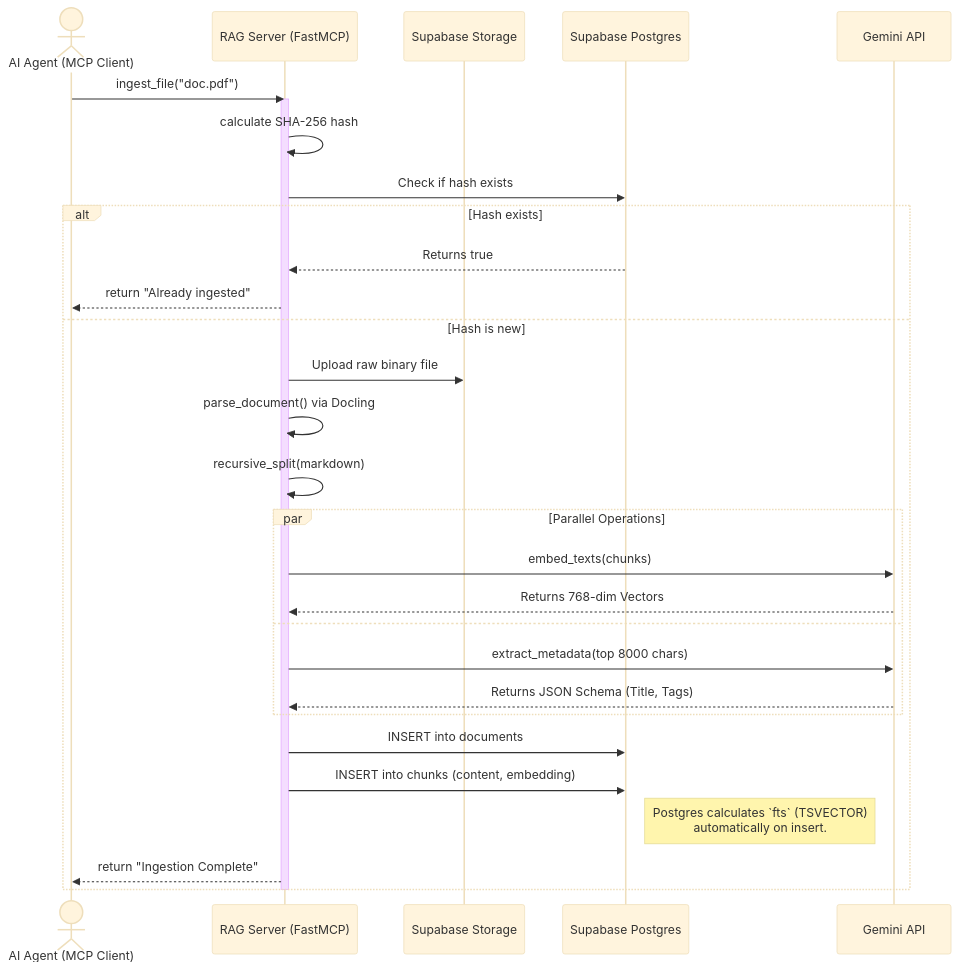
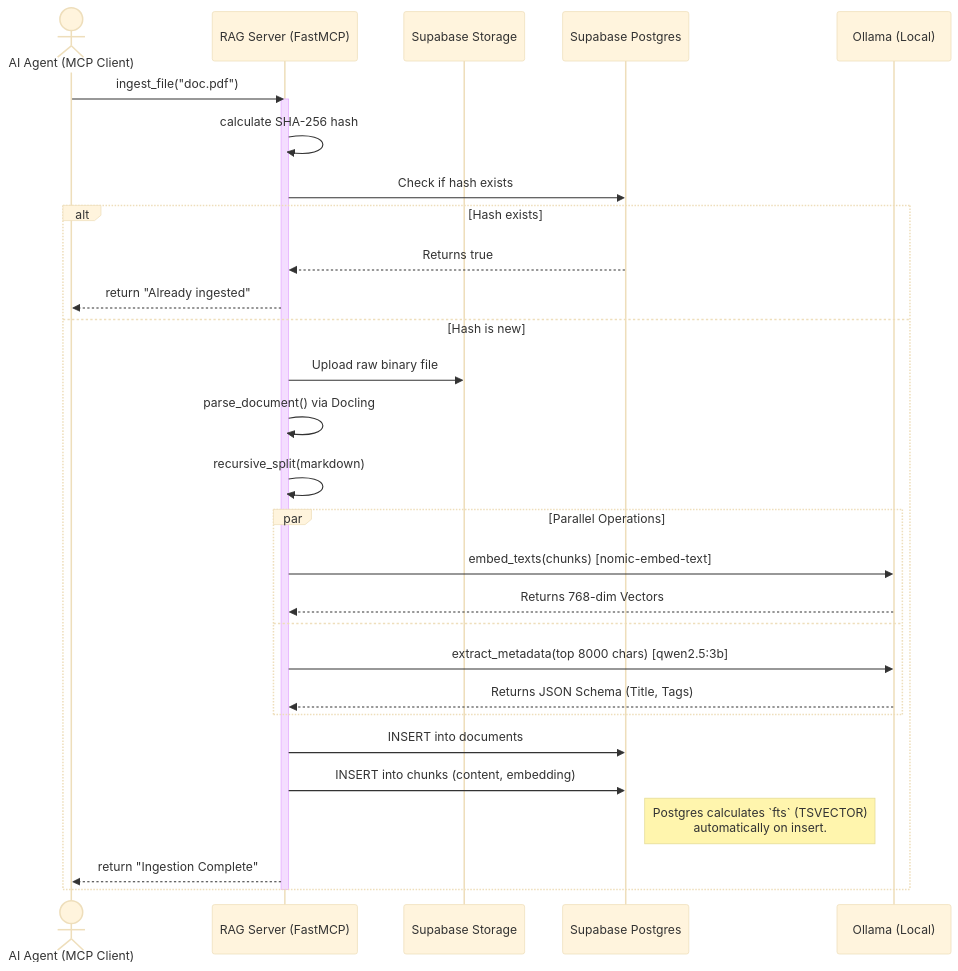
The first of 2 diagrams in docs/sequence_diagrams.md (salehloke/claude-code-agentic-rag-masterclass), drawn with Mermaid (base theme) before and after one commit. The commit also changed other lines of this file and 8 other files, not shown here.

````diff
--- a/docs/sequence_diagrams.md
+++ b/docs/sequence_diagrams.md
@@ -9,39 +9,39 @@
 ```mermaid
 sequenceDiagram
     actor Agent as AI Agent (MCP Client)
     participant MCP as RAG Server (FastMCP)
     participant Storage as Supabase Storage
     participant DB as Supabase Postgres
-    participant Gemini as Gemini API
+    participant Ollama as Ollama (Local)
 
     Agent->>MCP: ingest_file("doc.pdf")
-    
+
     activate MCP
     MCP->>MCP: calculate SHA-256 hash
     MCP->>DB: Check if hash exists
-    
+
     alt Hash exists
         DB-->>MCP: Returns true
         MCP-->>Agent: return "Already ingested"
     else Hash is new
         MCP->>Storage: Upload raw binary file
-        
+
         MCP->>MCP: parse_document() via Docling
         MCP->>MCP: recursive_split(markdown)
-        
+
         par Parallel Operations
-            MCP->>Gemini: embed_texts(chunks)
-            Gemini-->>MCP: Returns 768-dim Vectors
+            MCP->>Ollama: embed_texts(chunks) [nomic-embed-text]
+            Ollama-->>MCP: Returns 768-dim Vectors
         and
-            MCP->>Gemini: extract_metadata(top 8000 chars)
-            Gemini-->>MCP: Returns JSON Schema (Title, Tags)
+            MCP->>Ollama: extract_metadata(top 8000 chars) [qwen2.5:3b]
+            Ollama-->>MCP: Returns JSON Schema (Title, Tags)
         end
-        
+
         MCP->>DB: INSERT into documents
         MCP->>DB: INSERT into chunks (content, embedding)
         note right of DB: Postgres calculates `fts` (TSVECTOR)<br/>automatically on insert.
-        
+
         MCP-->>Agent: return "Ingestion Complete"
     end
     deactivate MCP
 ```
````
